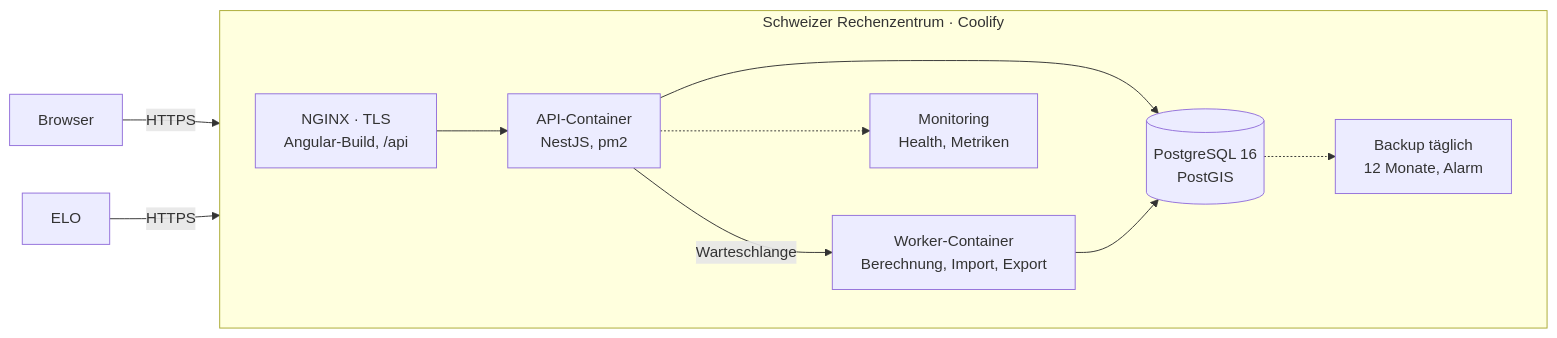
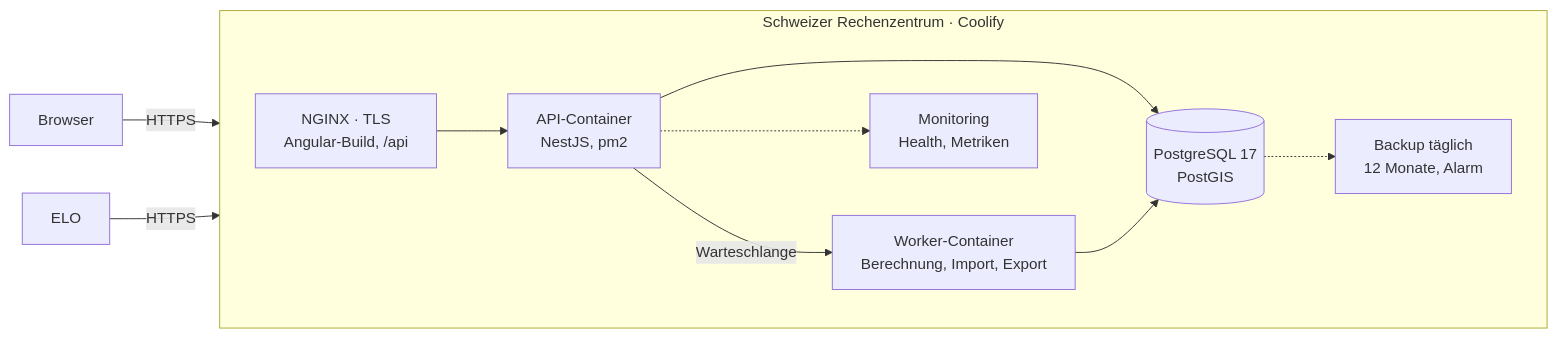
Before and after one commit to WeslleyDeSouza/slim-shooting-range-noise-management: the fourth of 5 diagrams in docs/anforderungskatalog/C2-Loesungskonzept-SLIM.md, drawn with Mermaid. The commit also changed other lines of this file and 21 other files, not shown here.

````diff
--- a/docs/anforderungskatalog/C2-Loesungskonzept-SLIM.md
+++ b/docs/anforderungskatalog/C2-Loesungskonzept-SLIM.md
@@ -116,12 +119,12 @@
 ```mermaid width=80%
 flowchart LR
   U["Browser"] -- "HTTPS" --> P
   E["ELO"] -- "HTTPS" --> P
   subgraph CH["Schweizer Rechenzentrum · Coolify"]
     direction LR
-    P["NGINX · TLS<br/>Angular-Build, /api"] --> A["API-Container<br/>NestJS, pm2"] --> D[("PostgreSQL 16<br/>PostGIS")]
+    P["NGINX · TLS<br/>Angular-Build, /api"] --> A["API-Container<br/>NestJS, pm2"] --> D[("PostgreSQL 17<br/>PostGIS")]
     A -- "Warteschlange" --> W["Worker-Container<br/>Berechnung, Import, Export"] --> D
     D -.-> B["Backup täglich<br/>12 Monate, Alarm"]
     A -.-> M["Monitoring<br/>Health, Metriken"]
   end
 ```
````
